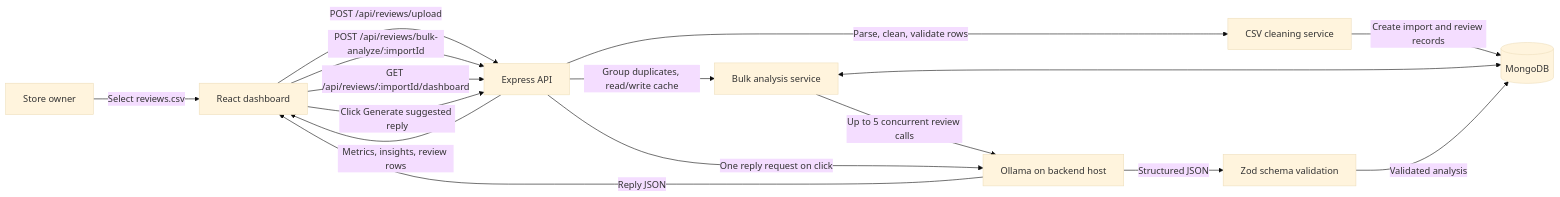
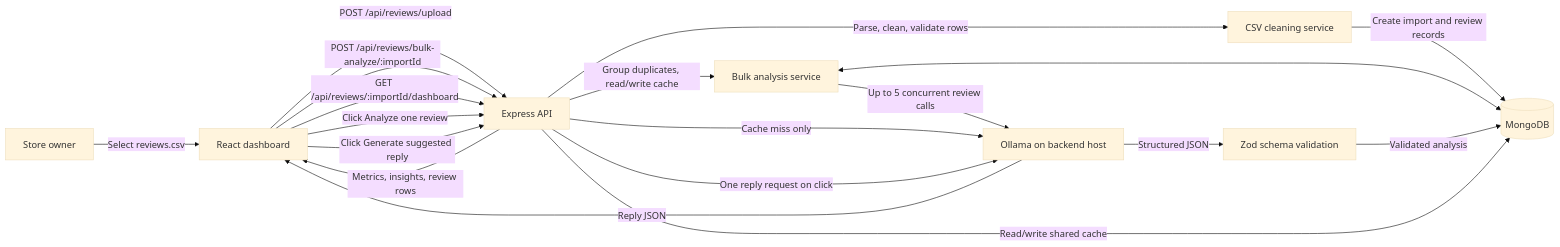
The first of 2 diagrams in README.md (anuj-yd/ReviewLens), drawn with Mermaid (base theme) before and after one commit. The commit also changed other lines of this file and 4 other files, not shown here.

Commit message:
Unify review cache across analysis paths

````diff
--- a/README.md
+++ b/README.md
@@ -40,18 +40,21 @@
 ```mermaid
 flowchart LR
     Owner[Store owner] -->|Select reviews.csv| Browser[React dashboard]
     Browser -->|POST /api/reviews/upload| API[Express API]
     API -->|Parse, clean, validate rows| Cleaner[CSV cleaning service]
     Cleaner -->|Create import and review records| Mongo[(MongoDB)]
     Browser -->|POST /api/reviews/bulk-analyze/:importId| API
     API -->|Group duplicates, read/write cache| Analyzer[Bulk analysis service]
     Analyzer <--> Mongo
     Analyzer -->|Up to 5 concurrent review calls| LLM[Ollama on backend host]
     LLM -->|Structured JSON| Validator[Zod schema validation]
     Validator -->|Validated analysis| Mongo
     Browser -->|GET /api/reviews/:importId/dashboard| API
     API -->|Metrics, insights, review rows| Browser
+    Browser -->|Click Analyze one review| API
+    API -->|Read/write shared cache| Mongo
+    API -->|Cache miss only| LLM
     Browser -->|Click Generate suggested reply| API
     API -->|One reply request on click| LLM
     LLM -->|Reply JSON| Browser
 ```
````
